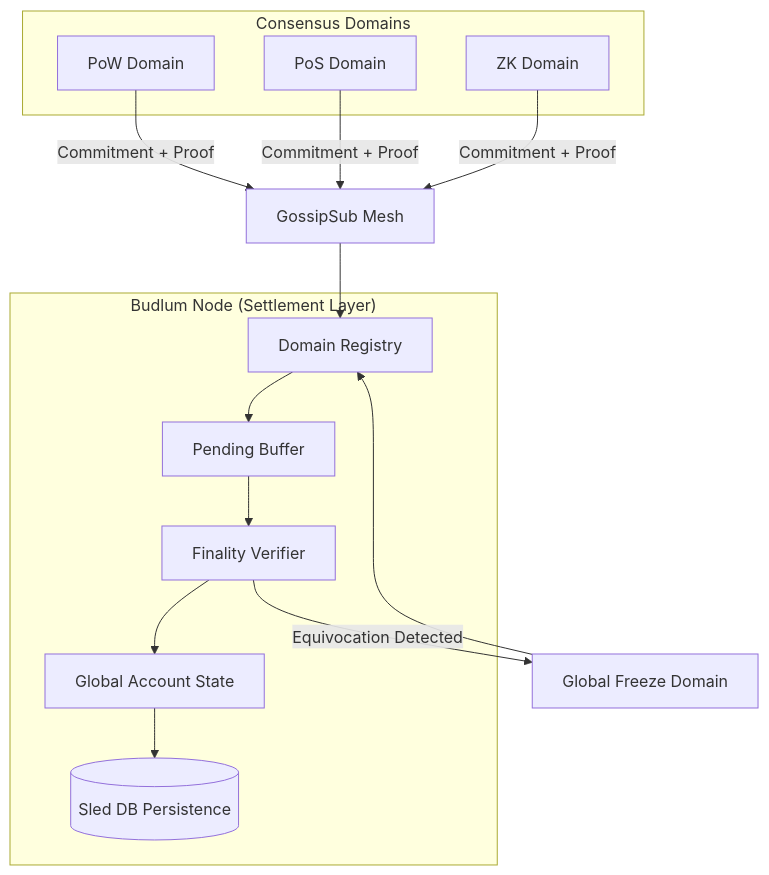
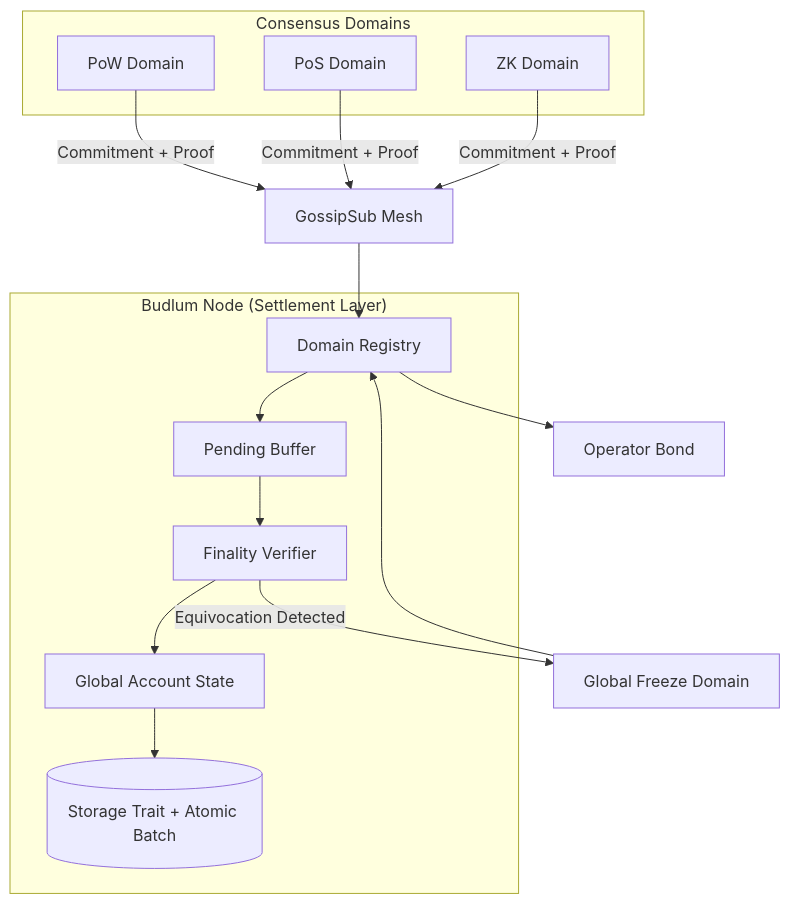
One commit to Budlum/Budlum changed the diagram in docs/02_settlement_test_matrix.md. Above: the diagram before and after it, drawn with Mermaid. The commit also changed other lines of this file and 48 other files, not shown here.

````diff
--- a/docs/02_settlement_test_matrix.md
+++ b/docs/02_settlement_test_matrix.md
@@ -19,29 +19,30 @@
 ```mermaid
 graph TD
     subgraph "Consensus Domains"
         D1[PoW Domain]
         D2[PoS Domain]
         D3[ZK Domain]
     end
 
     subgraph "Budlum Node (Settlement Layer)"
         Registry[Domain Registry]
         Buffer[Pending Buffer]
         Verifier[Finality Verifier]
         State[Global Account State]
-        Storage[(Sled DB Persistence)]
+        Storage[(Storage Trait + Atomic Batch)]
     end
 
     D1 -- "Commitment + Proof" --> P2P[GossipSub Mesh]
     D2 -- "Commitment + Proof" --> P2P
     D3 -- "Commitment + Proof" --> P2P
 
     P2P --> Registry
     Registry --> Buffer
     Buffer --> Verifier
     Verifier --> State
     State --> Storage
 
     Verifier -- "Equivocation Detected" --> Freeze[Global Freeze Domain]
     Freeze --> Registry
+    Registry --> Bond[Operator Bond]
 ```
````
